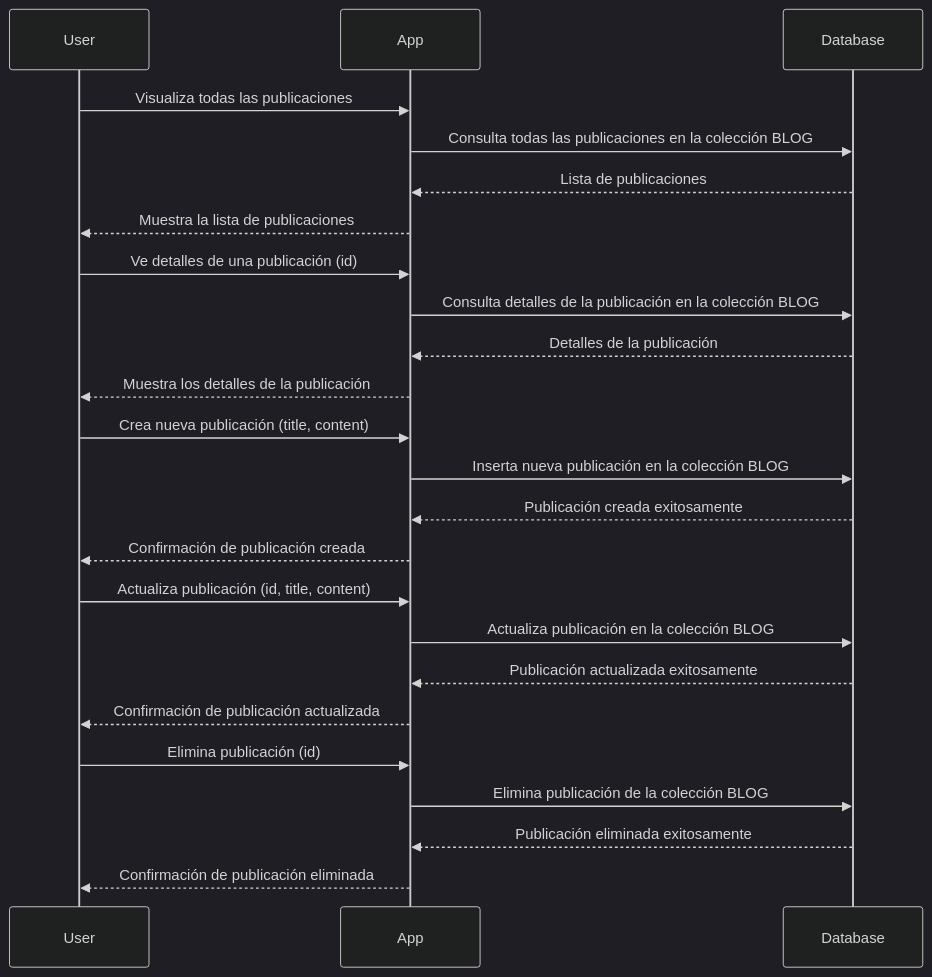
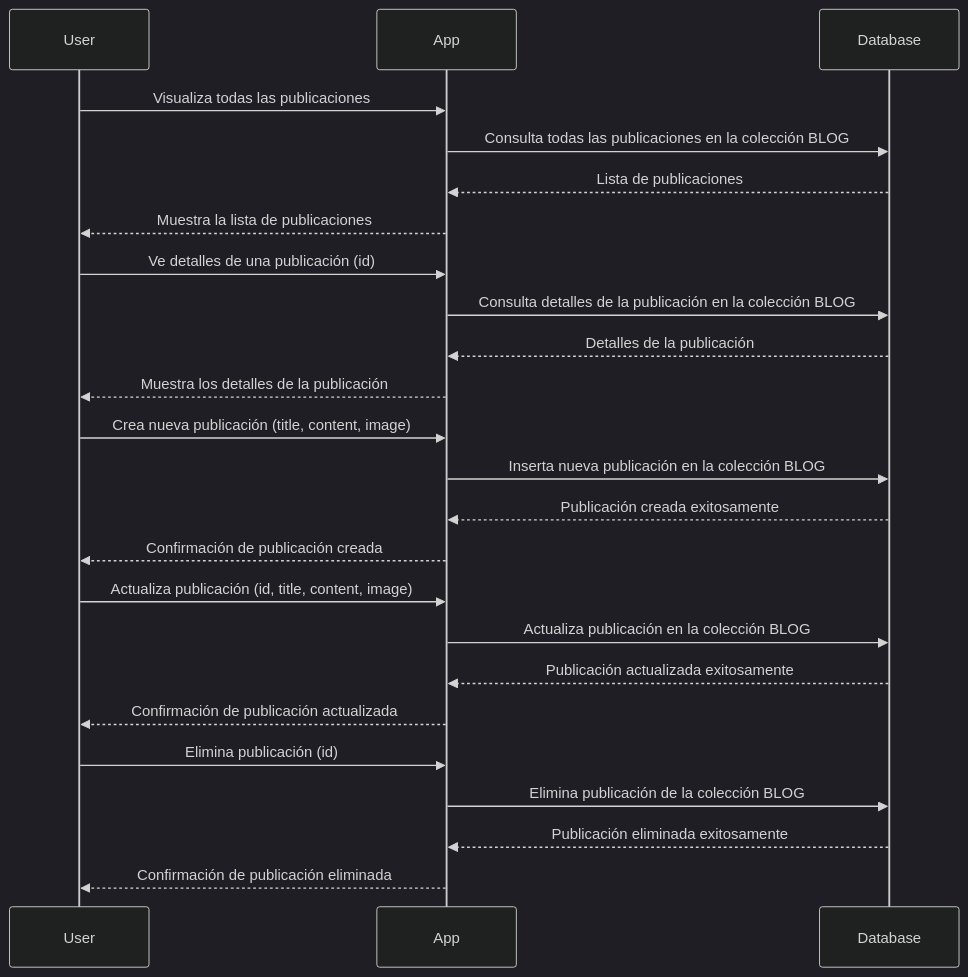
The diagram in personal-blog/Readme.md (ivaniuss/collaborative-projects), drawn with Mermaid (dark theme) before and after one commit. The commit also changed other lines of this file and 1 other file, not shown here.

Commit message:
Readme added for the personal-blog

````diff
--- a/personal-blog/Readme.md
+++ b/personal-blog/Readme.md
@@ -36,31 +37,31 @@
 ```mermaid
 sequenceDiagram
     participant User
     participant App
     participant Database
 
     User ->> App: Visualiza todas las publicaciones
     App ->> Database: Consulta todas las publicaciones en la colección BLOG
     Database -->> App: Lista de publicaciones
     App -->> User: Muestra la lista de publicaciones
 
     User ->> App: Ve detalles de una publicación (id)
     App ->> Database: Consulta detalles de la publicación en la colección BLOG
     Database -->> App: Detalles de la publicación
     App -->> User: Muestra los detalles de la publicación
 
-    User ->> App: Crea nueva publicación (title, content)
+    User ->> App: Crea nueva publicación (title, content, image)
     App ->> Database: Inserta nueva publicación en la colección BLOG
     Database -->> App: Publicación creada exitosamente
     App -->> User: Confirmación de publicación creada
 
-    User ->> App: Actualiza publicación (id, title, content)
+    User ->> App: Actualiza publicación (id, title, content, image)
     App ->> Database: Actualiza publicación en la colección BLOG
     Database -->> App: Publicación actualizada exitosamente
     App -->> User: Confirmación de publicación actualizada
 
     User ->> App: Elimina publicación (id)
     App ->> Database: Elimina publicación de la colección BLOG
     Database -->> App: Publicación eliminada exitosamente
     App -->> User: Confirmación de publicación eliminada
 ```
````
